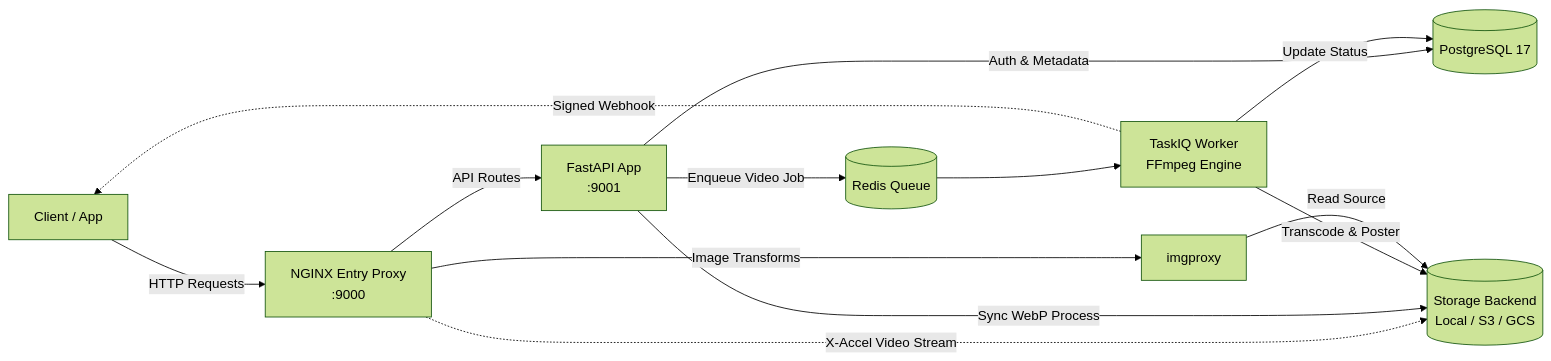
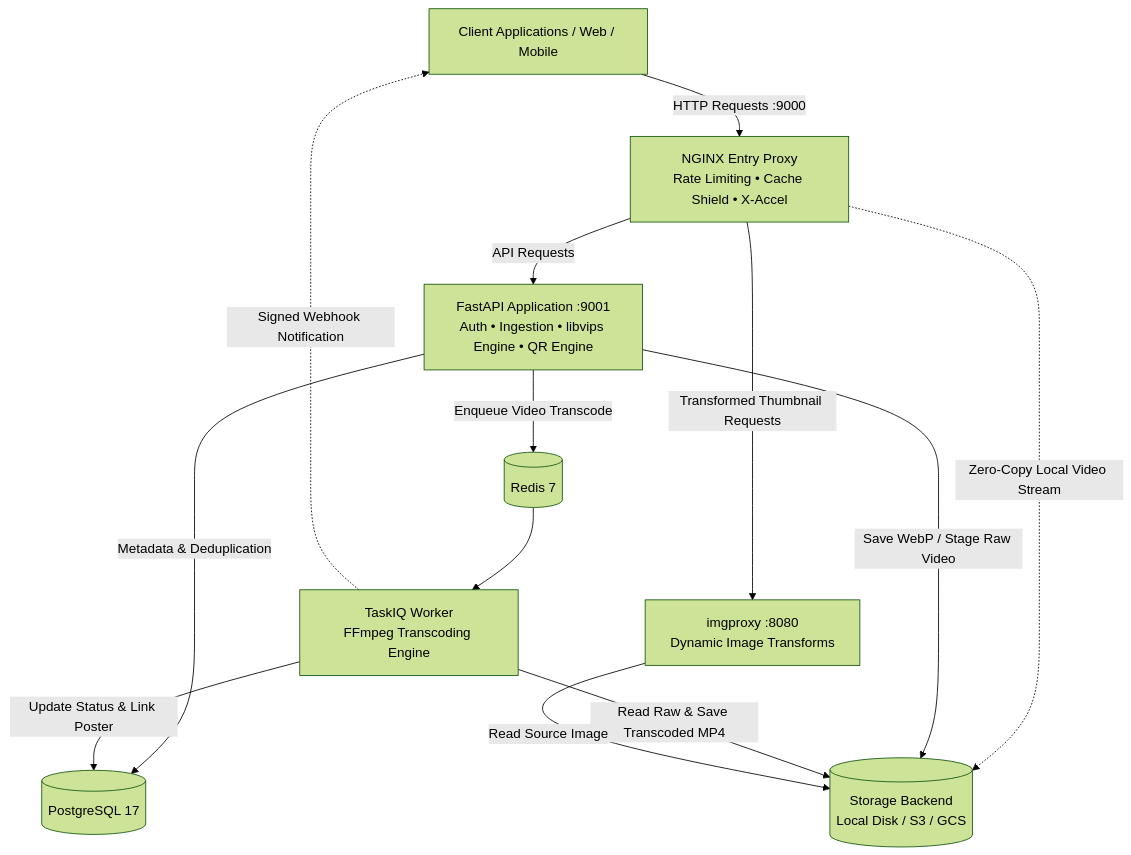
The first of 4 diagrams in readme.md (JexPY/filemanager-fastapi), drawn with Mermaid (forest theme) before and after one commit. The commit also changed other lines of this file, not shown here.

Commit message:
docs: add container topology, sequence diagrams, and endpoint directory

````diff
--- a/readme.md
+++ b/readme.md
@@ -48,19 +52,19 @@
 ```mermaid
-flowchart LR
-    Client[Client / App] -->|HTTP Requests| Nginx[NGINX Entry Proxy<br/>:9000]
-    
-    Nginx -->|API Routes| API[FastAPI App<br/>:9001]
-    Nginx -->|Image Transforms| Imgproxy[imgproxy]
-    Nginx -.->|X-Accel Video Stream| Storage[(Storage Backend<br/>Local / S3 / GCS)]
+flowchart TD
+    Client[Client Applications / Web / Mobile] -->|HTTP Requests :9000| Nginx[NGINX Entry Proxy<br/>Rate Limiting • Cache Shield • X-Accel]
 
-    API -->|Auth & Metadata| DB[(PostgreSQL 17)]
-    API -->|Sync WebP Process| Storage
-    API -->|Enqueue Video Job| Redis[(Redis Queue)]
+    Nginx -->|API Requests| API[FastAPI Application :9001<br/>Auth • Ingestion • libvips Engine • QR Engine]
+    Nginx -->|Transformed Thumbnail Requests| Imgproxy[imgproxy :8080<br/>Dynamic Image Transforms]
+    Nginx -.->|Zero-Copy Local Video Stream| Storage[(Storage Backend<br/>Local Disk / S3 / GCS)]
 
-    Redis --> Worker[TaskIQ Worker<br/>FFmpeg Engine]
-    Worker -->|Transcode & Poster| Storage
-    Worker -->|Update Status| DB
-    Worker -.->|Signed Webhook| Client
+    API -->|Metadata & Deduplication| DB[(PostgreSQL 17)]
+    API -->|Save WebP / Stage Raw Video| Storage
+    API -->|Enqueue Video Transcode| Redis[(Redis 7)]
 
-    Imgproxy -->|Read Source| Storage
+    Redis --> Worker[TaskIQ Worker<br/>FFmpeg Transcoding Engine]
+    Worker -->|Read Raw & Save Transcoded MP4| Storage
+    Worker -->|Update Status & Link Poster| DB
+    Worker -.->|Signed Webhook Notification| Client
+
+    Imgproxy -->|Read Source Image| Storage
 ```
````
